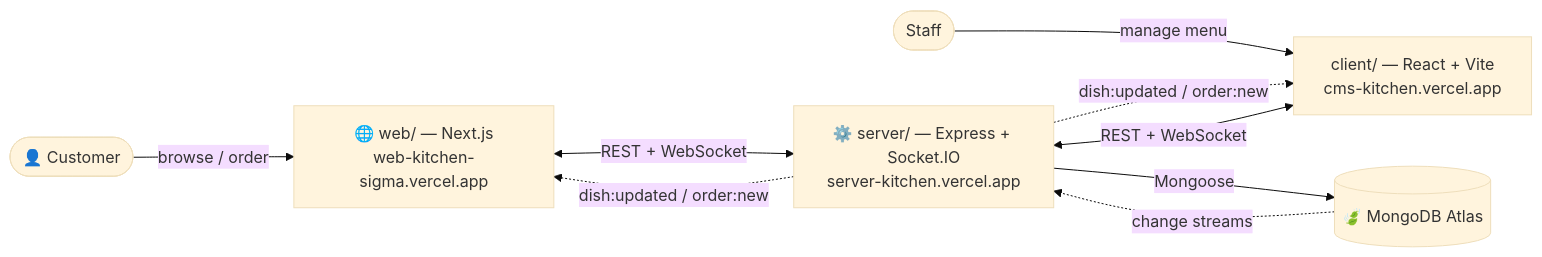
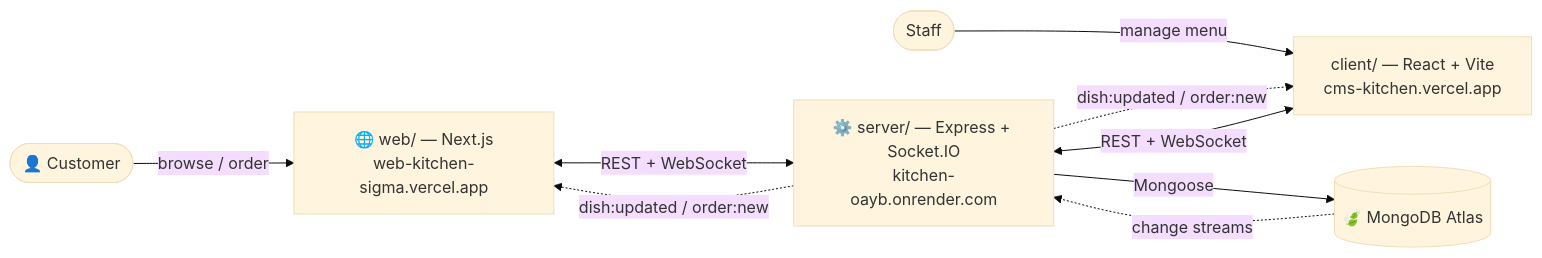
Before and after one commit to ajaykumarsaini231/Kitchen: the first of 3 diagrams in README.md, drawn with Mermaid (base theme). The commit also changed other lines of this file and 3 other files, not shown here.

````diff
--- a/README.md
+++ b/README.md
@@ -28,11 +28,11 @@
 ```mermaid
 flowchart LR
   Customer([👤 Customer]) -->|browse / order| Web["🌐 web/ — Next.js<br/>web-kitchen-sigma.vercel.app"]
   Admin([Staff]) -->|manage menu| CMS["client/ — React + Vite<br/>cms-kitchen.vercel.app"]
-  Web <-->|REST + WebSocket| API["⚙️ server/ — Express + Socket.IO<br/>server-kitchen.vercel.app"]
+  Web <-->|REST + WebSocket| API["⚙️ server/ — Express + Socket.IO<br/>kitchen-oayb.onrender.com"]
   CMS <-->|REST + WebSocket| API
   API -->|Mongoose| DB[("🍃 MongoDB Atlas")]
   DB -. change streams .-> API
   API -. dish:updated / order:new .-> Web
   API -. dish:updated / order:new .-> CMS
 ```
````
